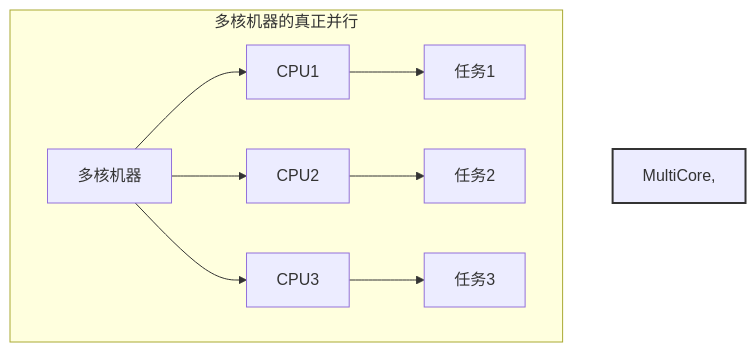
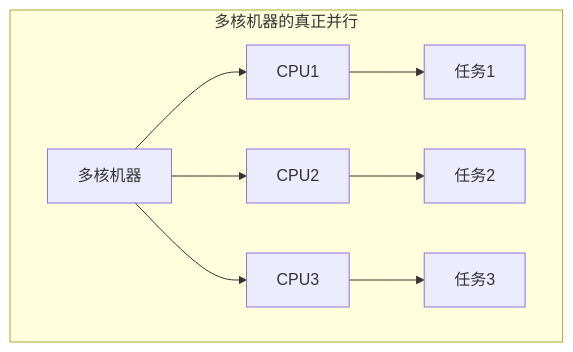
The first of 2 diagrams in md/01基本概念.md (Mq-b/ModernCpp-ConcurrentProgramming-Tutorial), drawn with Mermaid before and after one commit. The commit also changed other lines of this file and 1 other file, not shown here.

Commit message:
修改第一章 mermaid 示意图；增加一点第四章内容

````diff
--- a/md/01基本概念.md
+++ b/md/01基本概念.md
@@ -27,20 +27,17 @@
 ```mermaid
 graph TD;
     subgraph "多核机器的真正并行"
         MultiCore[多核机器]
         CPU1[CPU1]
         CPU2[CPU2]
         CPU3[CPU3]
 
         MultiCore --> CPU1
         MultiCore --> CPU2
         MultiCore --> CPU3
 
         CPU1 --> Task1[任务1]
         CPU2 --> Task2[任务2]
         CPU3 --> Task3[任务3]
     end
-
-    style MultiCore, CPU1, CPU2, CPU3, Task1, Task2, Task3 fill:#fff,stroke:#333,stroke-width:2px;
-
 ```
````
